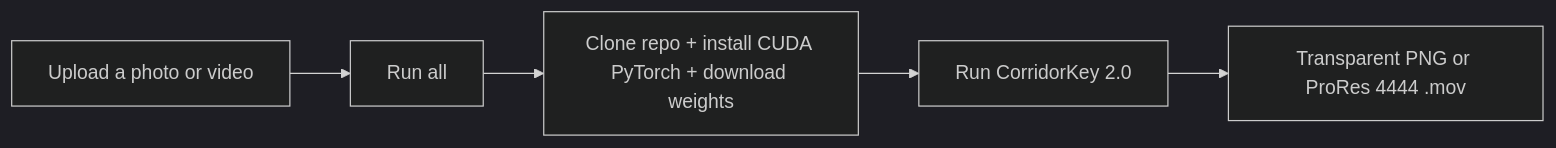
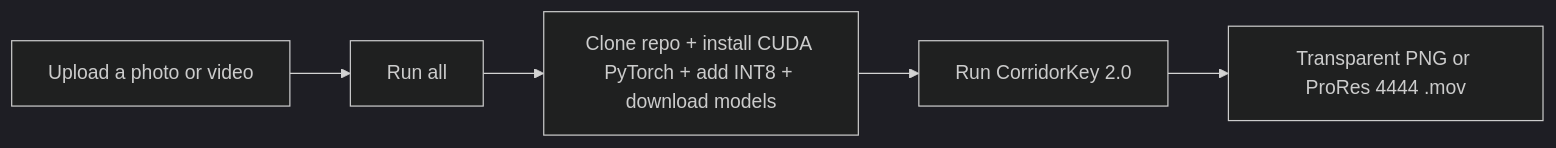
The diagram in README.md (loan-mgt/CorridorKey2.0-Colab), drawn with Mermaid (dark theme) before and after one commit. The commit also changed other lines of this file and 2 other files, not shown here.

Commit message:
Add CUDA INT8 low-VRAM path for T4 Colab

````diff
--- a/README.md
+++ b/README.md
@@ -28,7 +34,7 @@
 ```mermaid
 flowchart LR
     A[Upload a photo or video] --> B[Run all]
-    B --> C[Clone repo + install CUDA PyTorch + download weights]
+    B --> C[Clone repo + install CUDA PyTorch + add INT8 + download models]
     C --> D[Run CorridorKey 2.0]
     D --> E[Transparent PNG or ProRes 4444 .mov]
 ```
````
